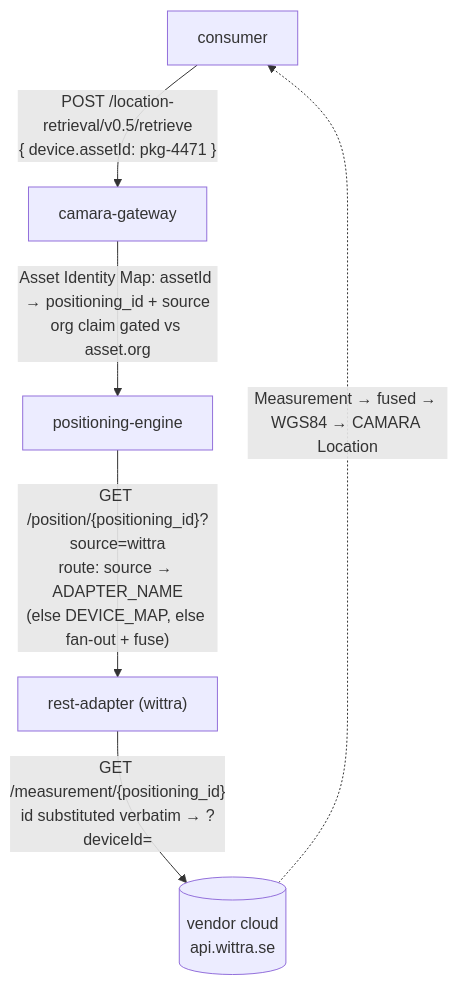
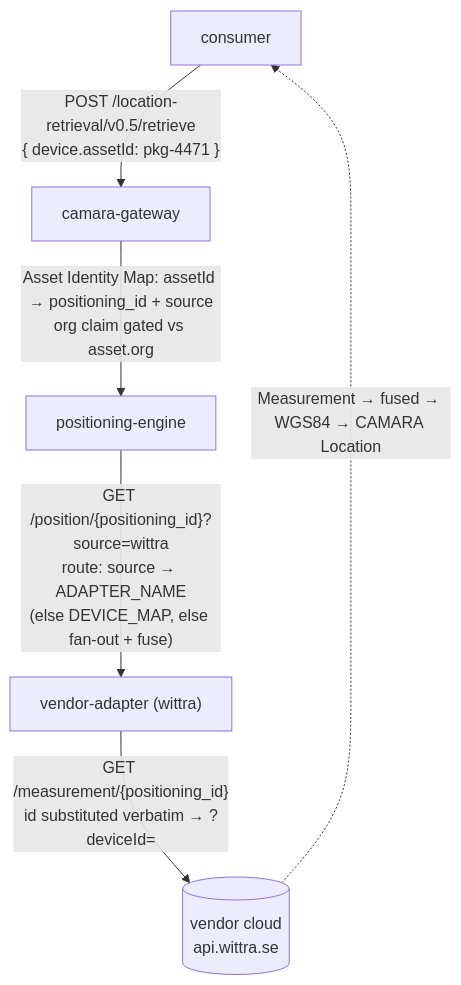
The second of 2 diagrams in docs/integrating-a-vendor-rest-api.md (Jacobbista/5g-northbound), drawn with Mermaid before and after one commit. The commit also changed other lines of this file and 241 other files, not shown here.

````diff
--- a/docs/integrating-a-vendor-rest-api.md
+++ b/docs/integrating-a-vendor-rest-api.md
@@ -33,8 +33,8 @@
 ```mermaid
 flowchart TD
     C["consumer"] -->|"POST /location-retrieval/v0.5/retrieve<br/>{ device.assetId: pkg-4471 }"| GW["camara-gateway"]
     GW -->|"Asset Identity Map: assetId → positioning_id + source<br/>org claim gated vs asset.org"| ENG["positioning-engine"]
-    ENG -->|"GET /position/{positioning_id}?source=wittra<br/>route: source → ADAPTER_NAME<br/>(else DEVICE_MAP, else fan-out + fuse)"| RA["rest-adapter (wittra)"]
+    ENG -->|"GET /position/{positioning_id}?source=wittra<br/>route: source → ADAPTER_NAME<br/>(else DEVICE_MAP, else fan-out + fuse)"| RA["vendor-adapter (wittra)"]
     RA -->|"GET /measurement/{positioning_id}<br/>id substituted verbatim → ?deviceId="| V[("vendor cloud<br/>api.wittra.se")]
     V -.->|"Measurement → fused → WGS84 → CAMARA Location"| C
 ```
````
